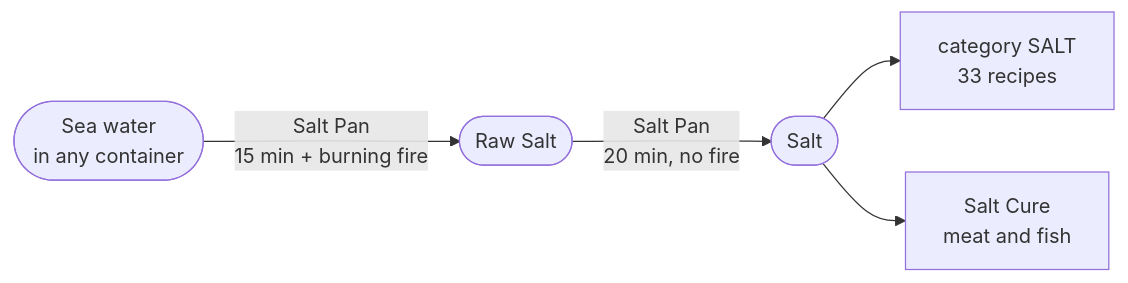
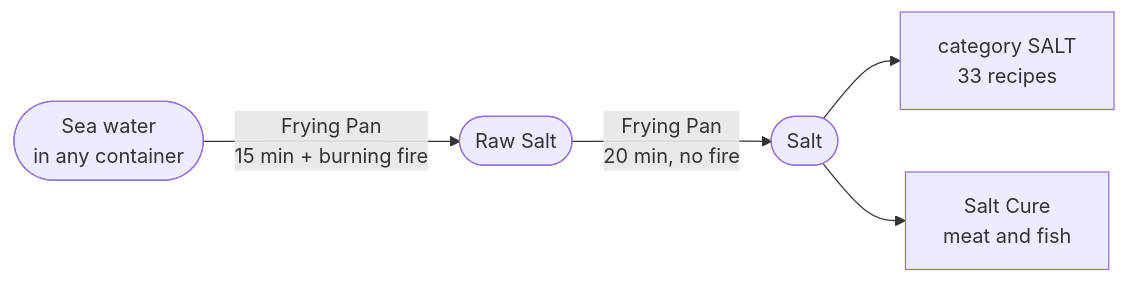
One commit to Psyern/Psyerns_ChefZ changed the third of 13 diagrams in ChefZ_Wiki/Production-Chains.md. Above: the diagram before and after it, drawn with Mermaid. The commit also changed other lines of this file and 6 other files, not shown here.

````diff
--- a/ChefZ_Wiki/Production-Chains.md
+++ b/ChefZ_Wiki/Production-Chains.md
@@ -86,7 +94,7 @@
 ```mermaid
 graph LR
-  SW(["Sea water<br/>in any container"]) -->|"Salt Pan<br/>15 min + burning fire"| RS(["Raw Salt"])
-  RS -->|"Salt Pan<br/>20 min, no fire"| SA(["Salt"])
+  SW(["Sea water<br/>in any container"]) -->|"Frying Pan<br/>15 min + burning fire"| RS(["Raw Salt"])
+  RS -->|"Frying Pan<br/>20 min, no fire"| SA(["Salt"])
   SA --> R["category SALT<br/>33 recipes"]
   SA --> C["Salt Cure<br/>meat and fish"]
 ```
````
